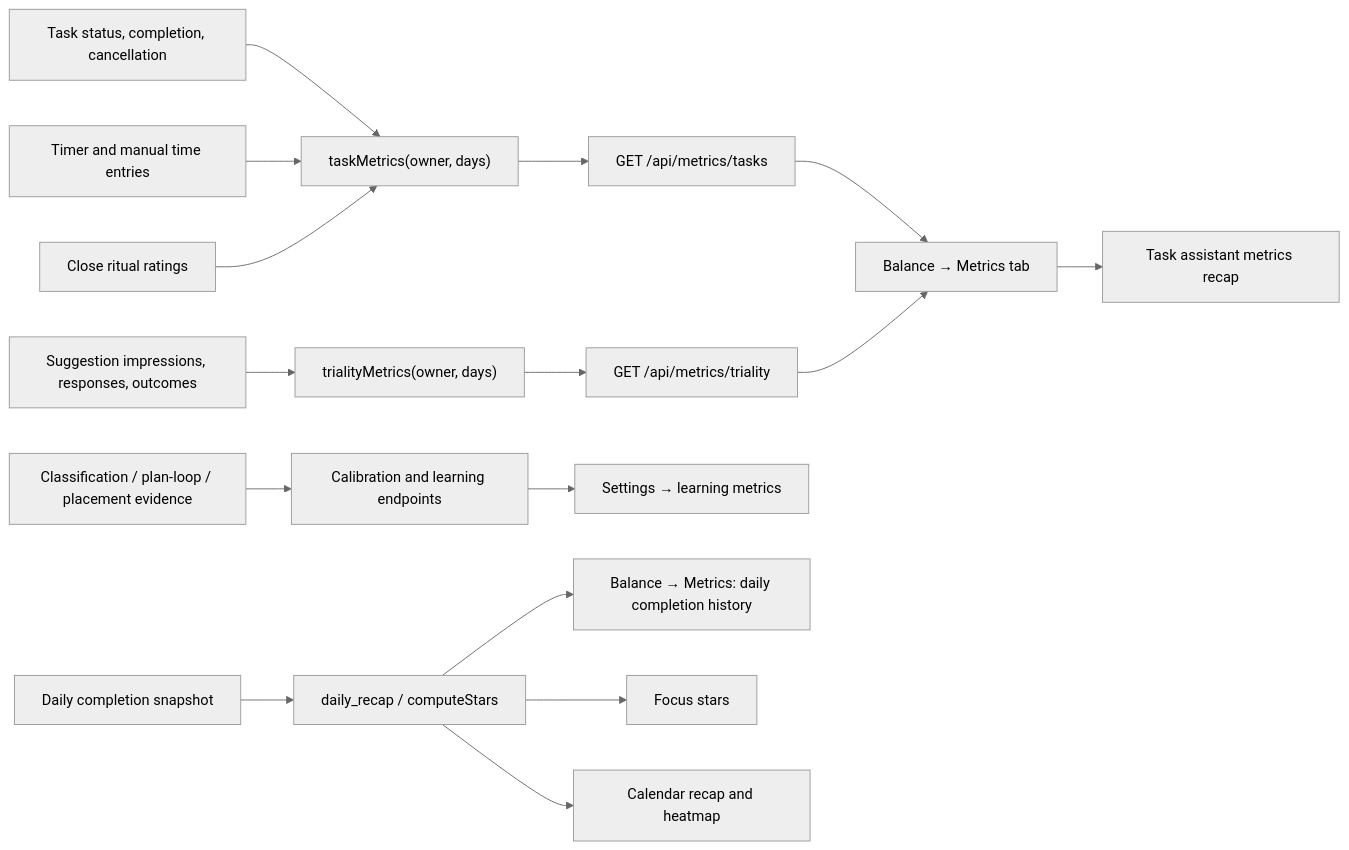
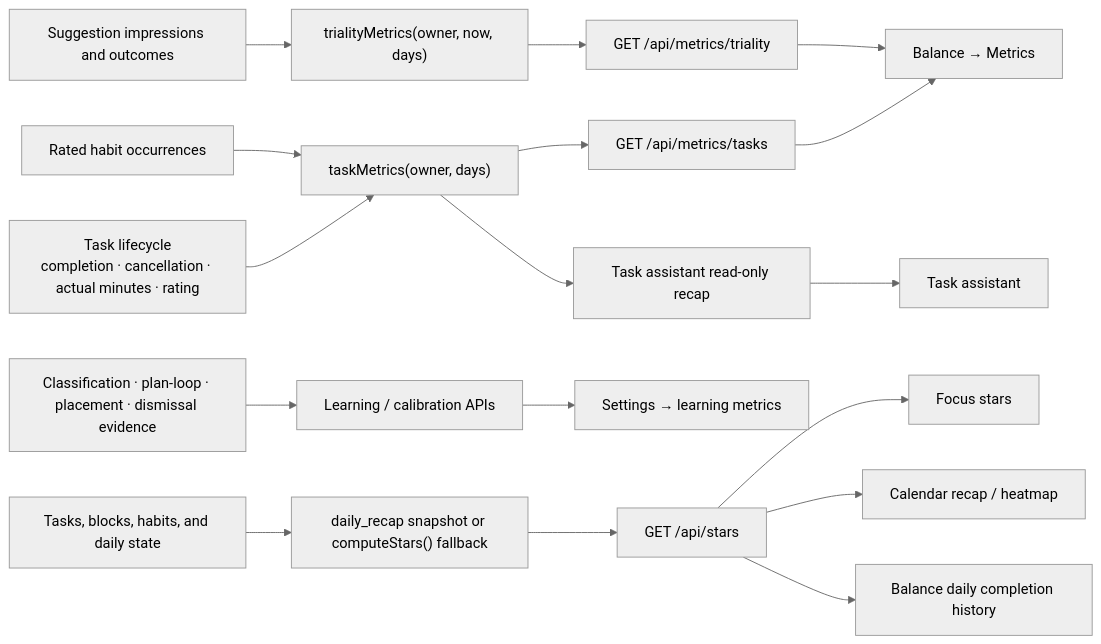
One commit to companionintelligence/CI-Planning changed the fifth of 5 diagrams in docs/DIAGRAMS.md. Above: the diagram before and after it, drawn with Mermaid (neutral theme). The commit also changed other lines of this file and 9 other files, not shown here.

````diff
--- a/docs/DIAGRAMS.md
+++ b/docs/DIAGRAMS.md
@@ -130,18 +162,19 @@
 ```mermaid
 flowchart LR
-  TaskEvents["Task status, completion, cancellation"] --> TaskMetrics["taskMetrics(owner, days)"]
-  TimeEntries["Timer and manual time entries"] --> TaskMetrics
-  Rituals["Close ritual ratings"] --> TaskMetrics
-  TaskMetrics --> MetricsAPI["GET /api/metrics/tasks"]
-  TrialityEvents["Suggestion impressions, responses, outcomes"] --> TrialityMetrics["trialityMetrics(owner, days)"]
+  TaskData["Task lifecycle<br/>completion · cancellation · actual minutes · rating"] --> TaskMetrics["taskMetrics(owner, days)"]
+  HabitData["Rated habit occurrences"] --> TaskMetrics
+  TaskMetrics --> TaskAPI["GET /api/metrics/tasks"]
+  TaskMetrics --> AgentRecap["Task assistant read-only recap"]
+  TrialityData["Suggestion impressions and outcomes"] --> TrialityMetrics["trialityMetrics(owner, now, days)"]
   TrialityMetrics --> TrialityAPI["GET /api/metrics/triality"]
-  Calibration["Classification / plan-loop / placement evidence"] --> CalAPI["Calibration and learning endpoints"]
-  DailyState["Daily completion snapshot"] --> Stars["daily_recap / computeStars"]
-  MetricsAPI --> Balance["Balance → Metrics tab"]
+  Evidence["Classification · plan-loop · placement · dismissal evidence"] --> LearningAPI["Learning / calibration APIs"]
+  LearningAPI --> Settings["Settings → learning metrics"]
+  TaskAPI --> Balance["Balance → Metrics"]
   TrialityAPI --> Balance
-  CalAPI --> Settings["Settings → learning metrics"]
-  Stars --> Metrics["Balance → Metrics: daily completion history"]
-  Stars --> Focus["Focus stars"]
-  Stars --> Calendar["Calendar recap and heatmap"]
-  Balance --> Agent["Task assistant metrics recap"]
+  DailyInputs["Tasks, blocks, habits, and daily state"] --> Stars["daily_recap snapshot or computeStars() fallback"]
+  Stars --> StarsAPI["GET /api/stars"]
+  StarsAPI --> Focus["Focus stars"]
+  StarsAPI --> Calendar["Calendar recap / heatmap"]
+  StarsAPI --> History["Balance daily completion history"]
+  AgentRecap --> Assistant["Task assistant"]
 ```
````
